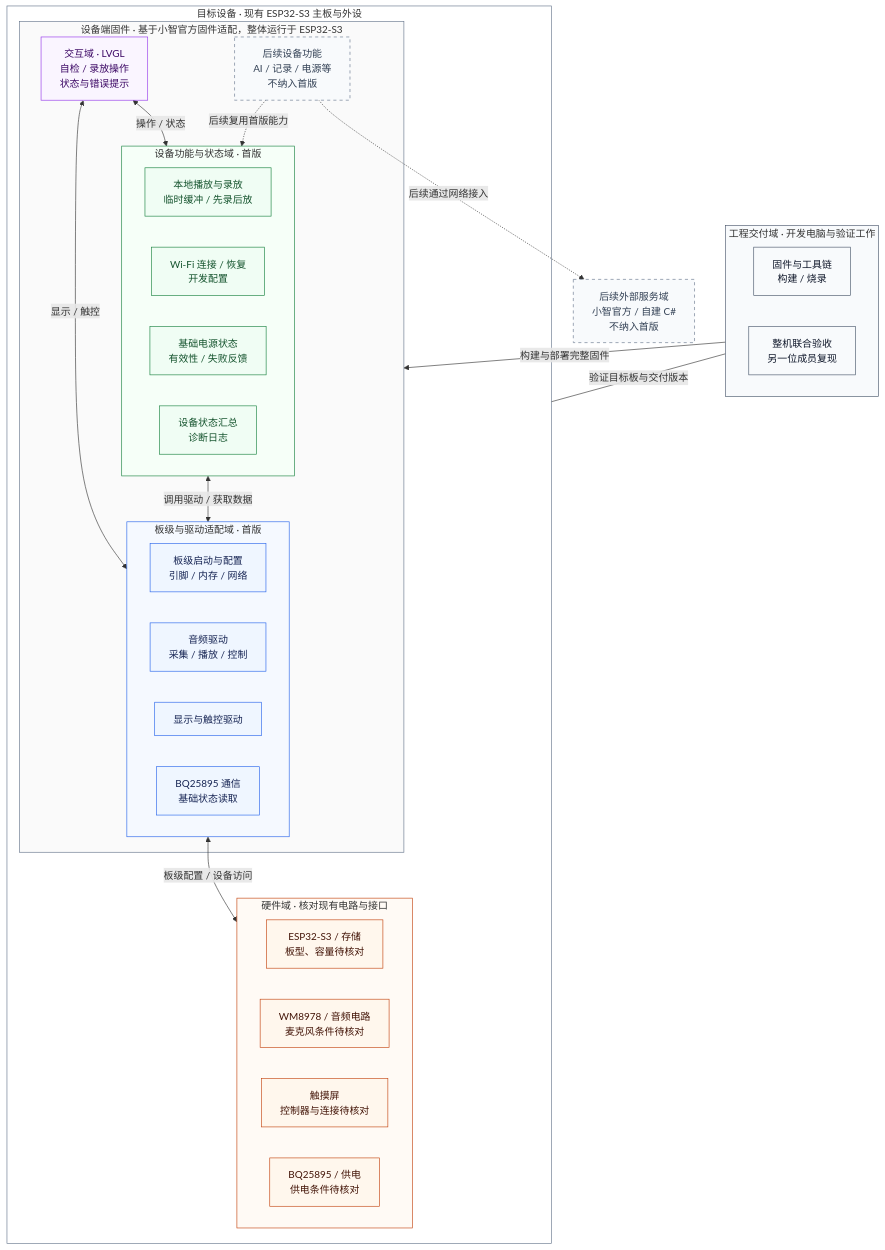
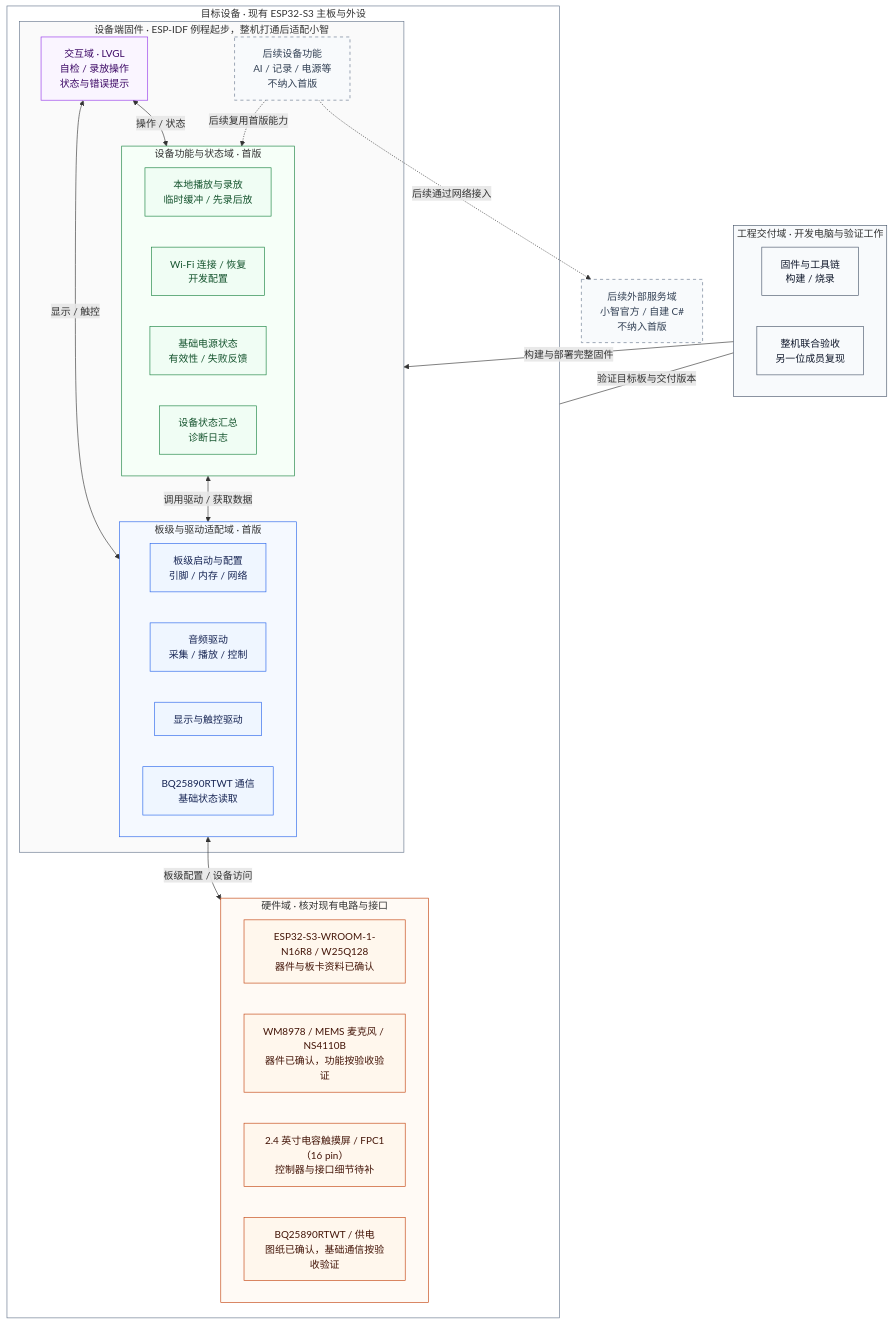
Before and after one commit to mmsakaito/BYAI: the diagram in docs/PRD.md, drawn with Mermaid. The commit also changed other lines of this file and 1 other file, not shown here.

````diff
--- a/docs/PRD.md
+++ b/docs/PRD.md
@@ -28,70 +29,70 @@
 ```mermaid
 flowchart TB
     subgraph Engineering["工程交付域 · 开发电脑与验证工作"]
         direction LR
         Build["固件与工具链<br/>构建 / 烧录"]
         Verify["整机联合验收<br/>另一位成员复现"]
     end
 
     subgraph Device["目标设备 · 现有 ESP32-S3 主板与外设"]
-        subgraph Firmware["设备端固件 · 基于小智官方固件适配，整体运行于 ESP32-S3"]
+        subgraph Firmware["设备端固件 · ESP-IDF 例程起步，整机打通后适配小智"]
             UI["交互域 · LVGL<br/>自检 / 录放操作<br/>状态与错误提示"]
 
             subgraph Features["设备功能与状态域 · 首版"]
                 direction LR
                 Audio["本地播放与录放<br/>临时缓冲 / 先录后放"]
                 Network["Wi-Fi 连接 / 恢复<br/>开发配置"]
                 PowerState["基础电源状态<br/>有效性 / 失败反馈"]
                 Diagnostics["设备状态汇总<br/>诊断日志"]
             end
 
             subgraph Drivers["板级与驱动适配域 · 首版"]
                 direction LR
                 Board["板级启动与配置<br/>引脚 / 内存 / 网络"]
                 AudioDriver["音频驱动<br/>采集 / 播放 / 控制"]
                 DisplayDriver["显示与触控驱动"]
-                PowerDriver["BQ25895 通信<br/>基础状态读取"]
+                PowerDriver["BQ25890RTWT 通信<br/>基础状态读取"]
             end
 
             LaterDevice["后续设备功能<br/>AI / 记录 / 电源等<br/>不纳入首版"]
         end
 
         subgraph Hardware["硬件域 · 核对现有电路与接口"]
             direction LR
-            MainBoard["ESP32-S3 / 存储<br/>板型、容量待核对"]
-            AudioHardware["WM8978 / 音频电路<br/>麦克风条件待核对"]
-            Screen["触摸屏<br/>控制器与连接待核对"]
-            PowerHardware["BQ25895 / 供电<br/>供电条件待核对"]
+            MainBoard["ESP32-S3-WROOM-1-N16R8 / W25Q128<br/>器件与板卡资料已确认"]
+            AudioHardware["WM8978 / MEMS 麦克风 / NS4110B<br/>器件已确认，功能按验收验证"]
+            Screen["2.4 英寸电容触摸屏 / FPC1（16 pin）<br/>控制器与接口细节待补"]
+            PowerHardware["BQ25890RTWT / 供电<br/>图纸已确认，基础通信按验收验证"]
         end
     end
 
     LaterServices["后续外部服务域<br/>小智官方 / 自建 C#<br/>不纳入首版"]
 
     Build -->|"构建与部署完整固件"| Firmware
     Verify ---|"验证目标板与交付版本"| Device
     UI <-->|"操作 / 状态"| Features
     UI <-->|"显示 / 触控"| Drivers
     Features <-->|"调用驱动 / 获取数据"| Drivers
     Drivers <-->|"板级配置 / 设备访问"| Hardware
     LaterDevice -.->|"后续复用首版能力"| Features
     LaterDevice -.->|"后续通过网络接入"| LaterServices
 
     classDef hardware fill:#fff7ed,stroke:#c2410c,color:#431407
     classDef driver fill:#eff6ff,stroke:#2563eb,color:#172554
     classDef feature fill:#f0fdf4,stroke:#15803d,color:#14532d
     classDef interface fill:#faf5ff,stroke:#9333ea,color:#3b0764
     classDef engineering fill:#f8fafc,stroke:#475569,color:#0f172a
     classDef later fill:#f8fafc,stroke:#64748b,color:#334155,stroke-dasharray:5 5
     class MainBoard,AudioHardware,Screen,PowerHardware hardware
     class Board,AudioDriver,DisplayDriver,PowerDriver driver
     class Audio,Network,PowerState,Diagnostics feature
     class UI interface
     class Build,Verify engineering
     class LaterDevice,LaterServices later
     style Device fill:#ffffff,stroke:#64748b
     style Firmware fill:#fafafa,stroke:#64748b
     style Hardware fill:#fffaf5,stroke:#c2410c
     style Drivers fill:#f5f9ff,stroke:#2563eb
     style Features fill:#f6fff8,stroke:#15803d
     style Engineering fill:#f8fafc,stroke:#475569
 ```
````
